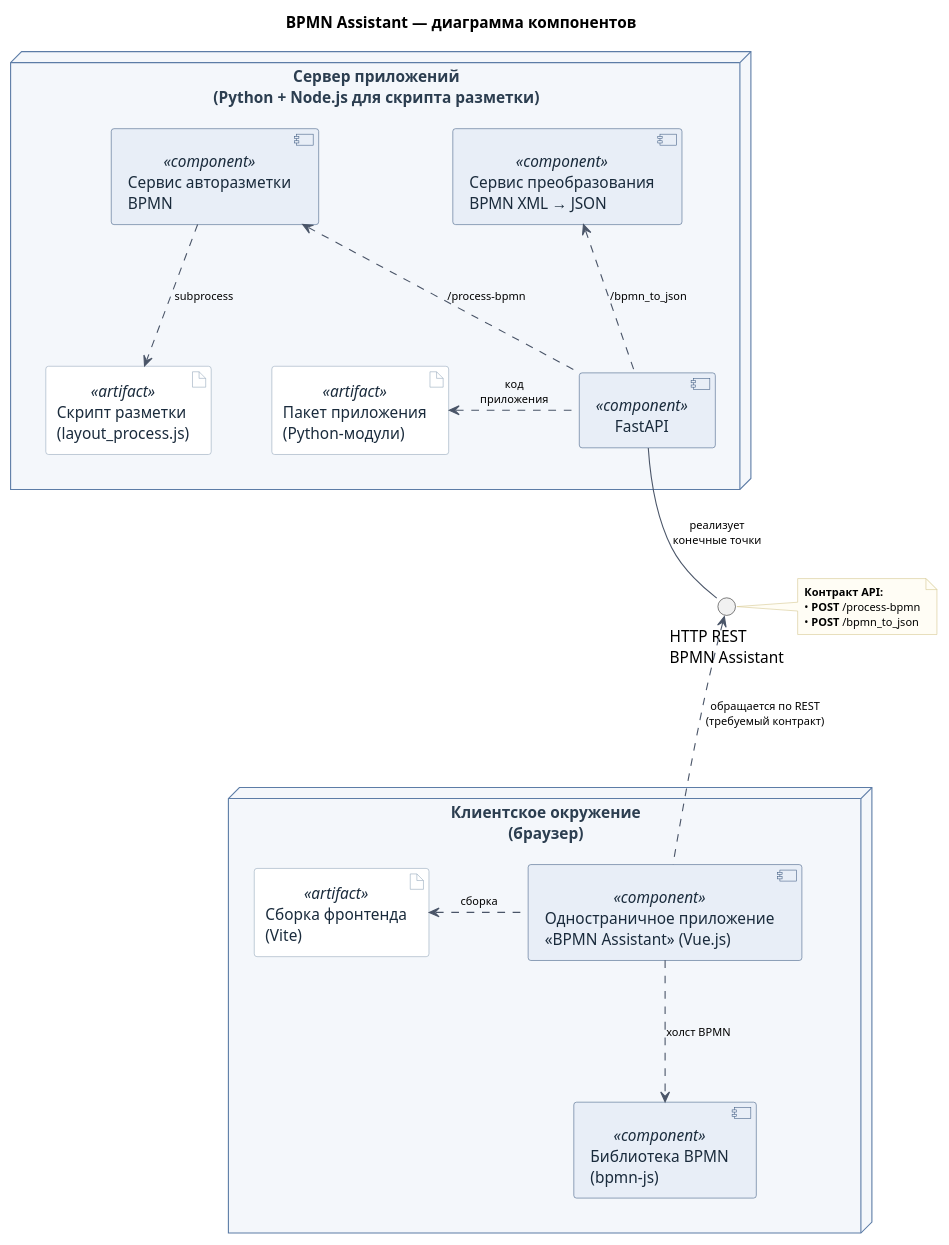
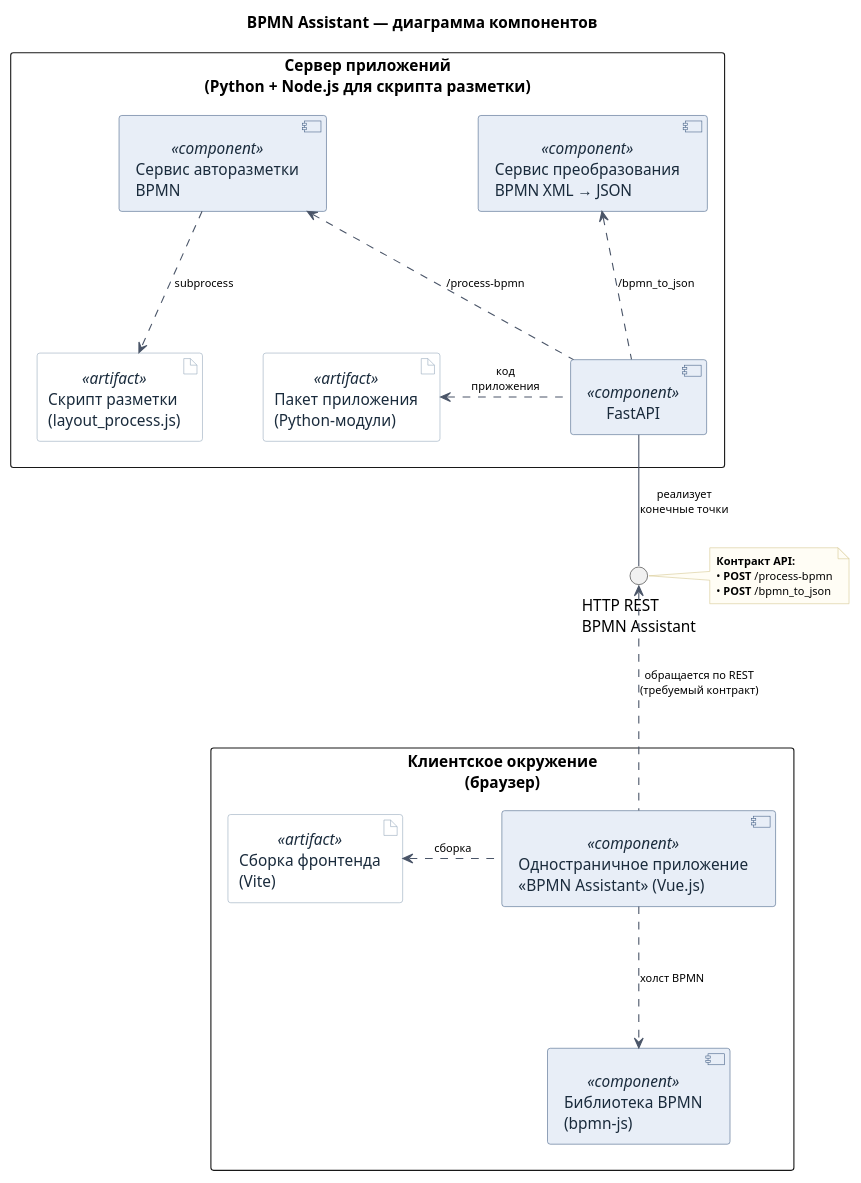
Before and after one commit to EmiliyaZhukovich/BPMN: the diagram in docs/bpmn-assistant-component-diagram.puml, drawn with PlantUML. The commit also changed 4 other files, not shown here.

```diff
--- a/docs/bpmn-assistant-component-diagram.puml
+++ b/docs/bpmn-assistant-component-diagram.puml
@@ -1,95 +1,83 @@
 @startuml bpmn-assistant-component-diagram
 title BPMN Assistant — диаграмма компонентов
 
 ' Вертикальная схема: **сервер сверху** → **HTTP REST по центру между узлами** → **клиент снизу**
 ' (без left-to-right, чтобы не уводить интерфейс под боковой край клиента)
 top to bottom direction
 
 skinparam shadowing false
 skinparam handwritten false
 skinparam nodesep 55
 skinparam ranksep 55
 skinparam packageStyle rectangle
 skinparam component {
   BackgroundColor #E8EEF7
   BorderColor #3D5A80
   FontColor #1A2B3C
 }
-skinparam node {
-  BackgroundColor #F4F7FB
-  BorderColor #5C7CA6
-  FontColor #2C3E50
-  FontStyle bold
-}
 skinparam artifact {
   BackgroundColor #FFFFFF
   BorderColor #8FA3B8
   FontColor #1A2B3C
 }
 skinparam arrow {
   Color #4A5568
   FontSize 10
 }
 skinparam note {
   BackgroundColor #FFFDF5
   BorderColor #D4C48A
   FontSize 10
 }
 
-' ========== 1. Узел сервера (вверху диаграммы) ==========
-node "Сервер приложений\n(Python + Node.js для скрипта разметки)" as NODE_SERVER {
+' ========== 1. Серверная часть (вверху диаграммы) ==========
+package "Сервер приложений\n(Python + Node.js для скрипта разметки)" as PKG_SERVER {
 
   together {
     component "Сервис авторазметки\nBPMN" <<component>> as COMP_LAYOUT
     component "Сервис преобразования\nBPMN XML → JSON" <<component>> as COMP_JSON
   }
 
   together {
     artifact "Скрипт разметки\n(layout_process.js)" <<artifact>> as ART_LAYOUT
     artifact "Пакет приложения\n(Python-модули)" <<artifact>> as ART_PY
   }
 
-  ' У нижней границы узла — краткая вертикаль к интерфейсу между узлами
   component "FastAPI" <<component>> as COMP_API
 }
 
 ' ========== 2. Контракт REST — строго между двумя прямоугольниками ==========
 () "HTTP REST\nBPMN Assistant" as IF_REST
 
 note right of IF_REST
   **Контракт API:**
   • **POST** /process-bpmn
   • **POST** /bpmn_to_json
 end note
 
-' ========== 3. Узел клиента (внизу диаграммы) ==========
-node "Клиентское окружение\n(браузер)" as NODE_CLIENT {
+' ========== 3. Клиентская часть (внизу диаграммы) ==========
+package "Клиентское окружение\n(браузер)" as PKG_CLIENT {
 
-  ' У верхней границы узла — краткая вертикаль к интерфейсу
   component "Одностраничное приложение\n«BPMN Assistant» (Vue.js)" <<component>> as COMP_SPA
 
   together {
     artifact "Сборка фронтенда\n(Vite)" <<artifact>> as ART_FE
     component "Библиотека BPMN\n(bpmn-js)" <<component>> as COMP_BPMNJS
   }
 }
-
-' Цепочка раскладки: сервер — интерфейс — клиент (одна вертикаль, без «уезда» в сторону)
-NODE_SERVER -[hidden]down- IF_REST
-IF_REST -[hidden]down- NODE_CLIENT
 
 ' Главная «магистраль» без пересечения прямоугольников узлов
 COMP_API -down- IF_REST : реализует\nконечные точки
 COMP_SPA -up..> IF_REST : обращается по REST\n(требуемый контракт)
 
 ' Внутренние связи сервера — в основном вверх от API, не через зону REST
 COMP_API -up..> COMP_LAYOUT : /process-bpmn
 COMP_API -up..> COMP_JSON : /bpmn_to_json
 COMP_LAYOUT -down..> ART_LAYOUT : subprocess
 COMP_API -left..> ART_PY : код\nприложения
 
 ' Внутренние связи клиента — по горизонтали, вне вертикали REST
 COMP_SPA -down..> COMP_BPMNJS : холст BPMN
 COMP_SPA -left..> ART_FE : сборка
 
 @enduml
```
